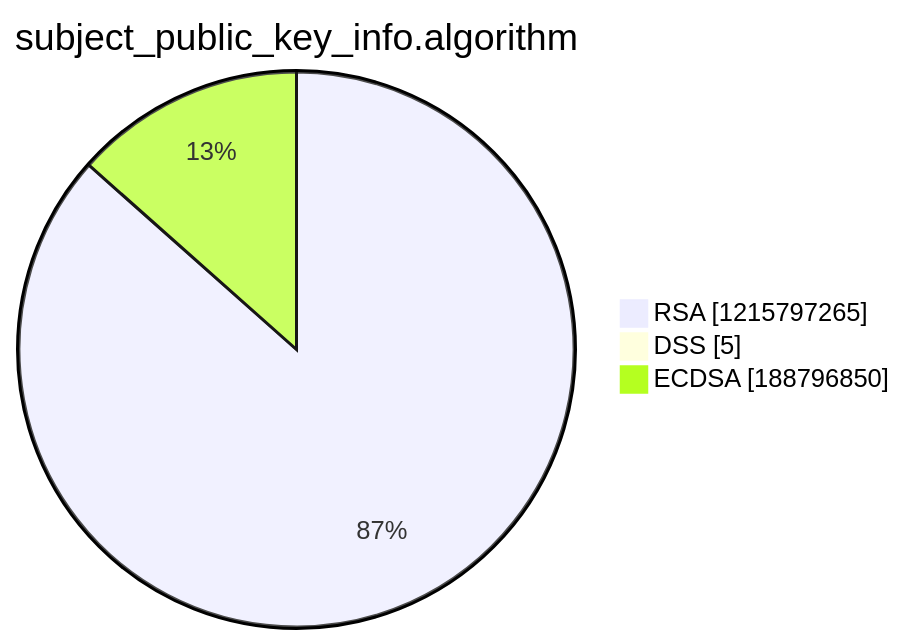
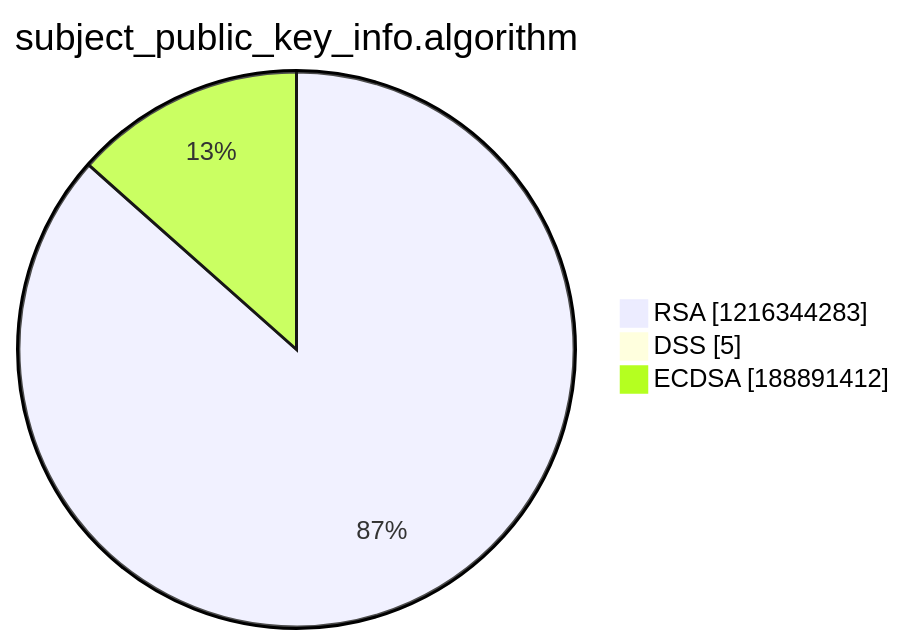
One commit to christiankrug/ctmonitor_visualization changed the third of 15 diagrams in argon2022/README.md. Above: the diagram before and after it, drawn with Mermaid. The commit also changed other lines of this file, not shown here.

````diff
--- a/argon2022/README.md
+++ b/argon2022/README.md
@@ -14,7 +14,7 @@
 ```mermaid
 pie showData
 title subject_public_key_info.algorithm
-"RSA" :1215797265
+"RSA" :1216344283
 "DSS" :5
-"ECDSA" :188796850
+"ECDSA" :188891412
 ```
````
